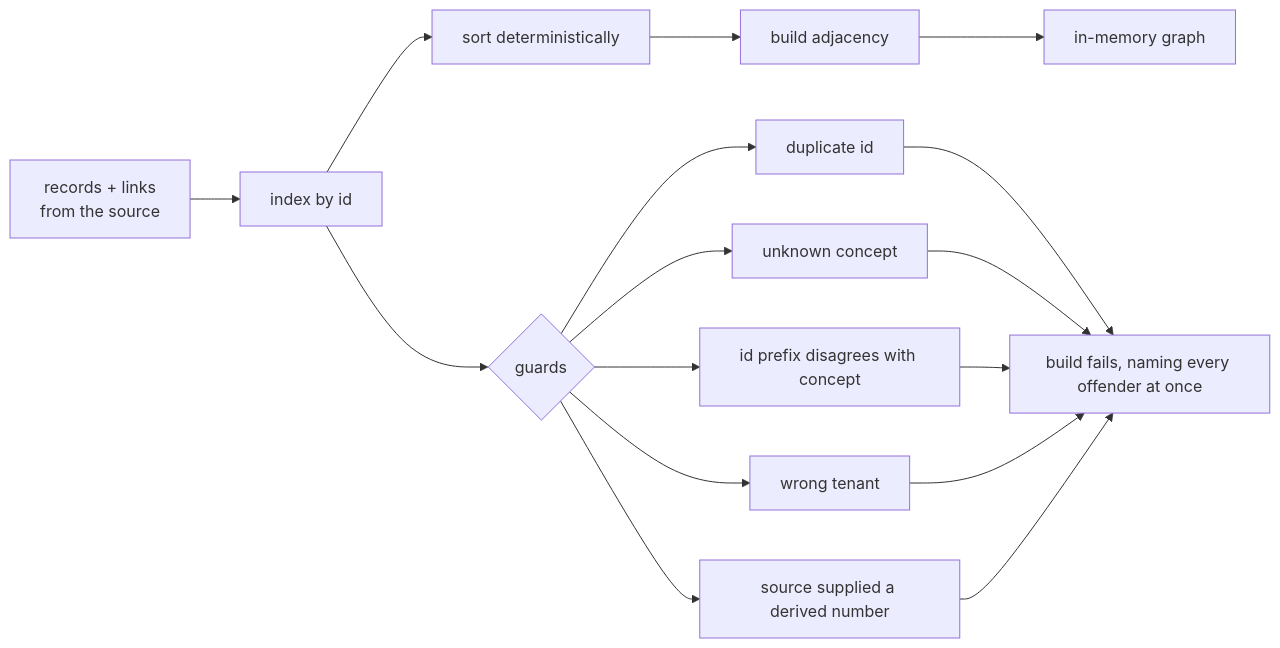
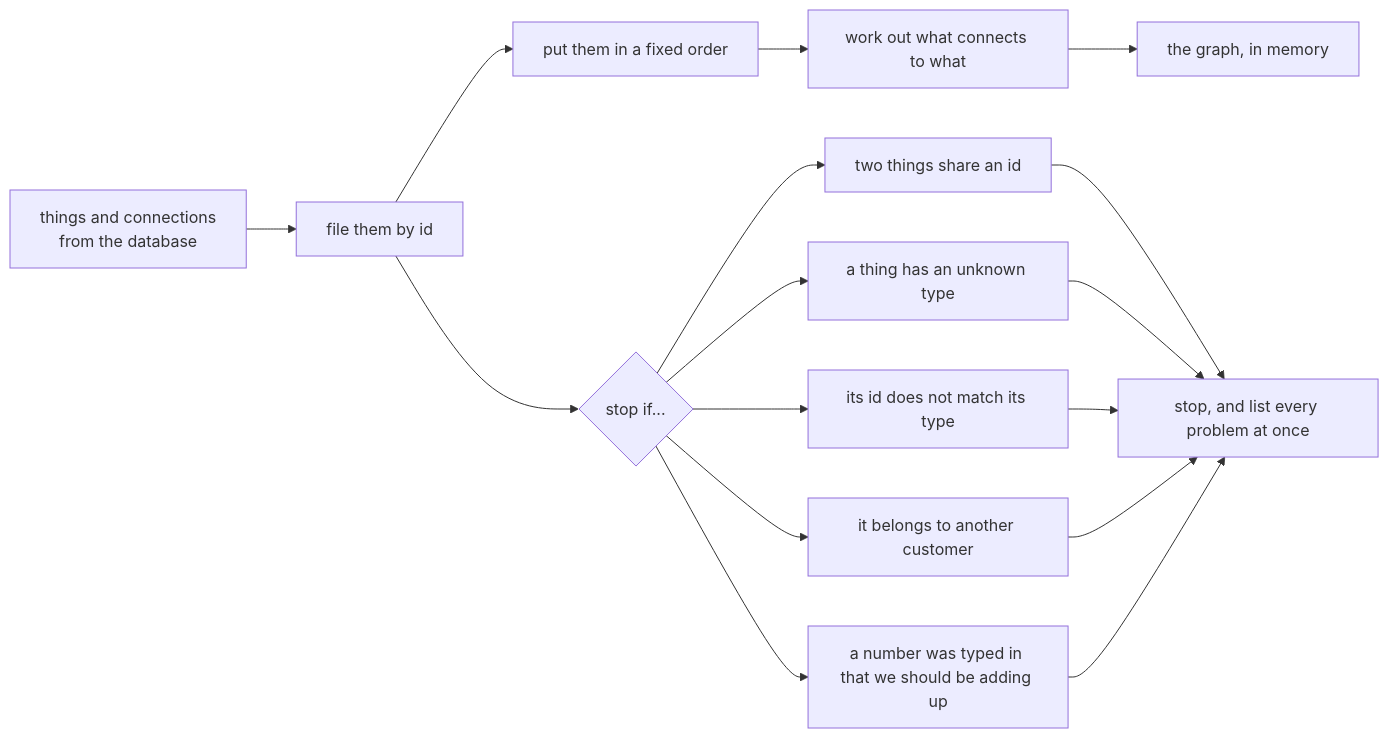
Before and after one commit to Prakhar-30/cropin-knowledge-graph: the sixth of 10 diagrams in docs/HOW-IT-WORKS.md, drawn with Mermaid. The commit also changed other lines of this file and 21 other files, not shown here.

````diff
--- a/docs/HOW-IT-WORKS.md
+++ b/docs/HOW-IT-WORKS.md
@@ -453,18 +495,18 @@
 ```mermaid
 flowchart LR
-  A["records + links<br/>from the source"] --> B["index by id"]
-  B --> C["sort deterministically"]
-  C --> D["build adjacency"]
-  D --> E["in-memory graph"]
-  B --> F{"guards"}
-  F --> G["duplicate id"]
-  F --> H["unknown concept"]
-  F --> I["id prefix disagrees with concept"]
-  F --> J["wrong tenant"]
-  F --> K["source supplied a derived number"]
-  G --> L["build fails, naming every offender at once"]
+  A["things and connections<br/>from the database"] --> B["file them by id"]
+  B --> C["put them in a fixed order"]
+  C --> D["work out what connects to what"]
+  D --> E["the graph, in memory"]
+  B --> F{"stop if..."}
+  F --> G["two things share an id"]
+  F --> H["a thing has an unknown type"]
+  F --> I["its id does not match its type"]
+  F --> J["it belongs to another customer"]
+  F --> K["a number was typed in that we should be adding up"]
+  G --> L["stop, and list every problem at once"]
   H --> L
   I --> L
   J --> L
   K --> L
 ```
````
